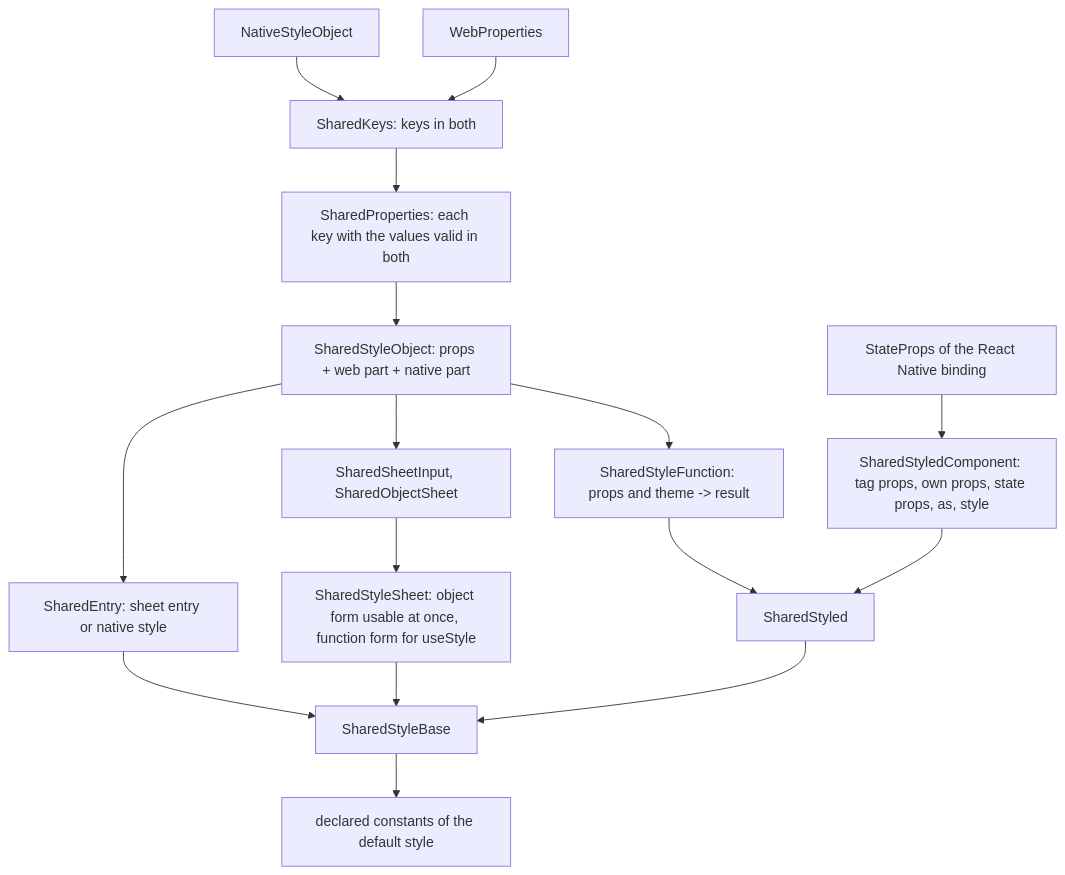
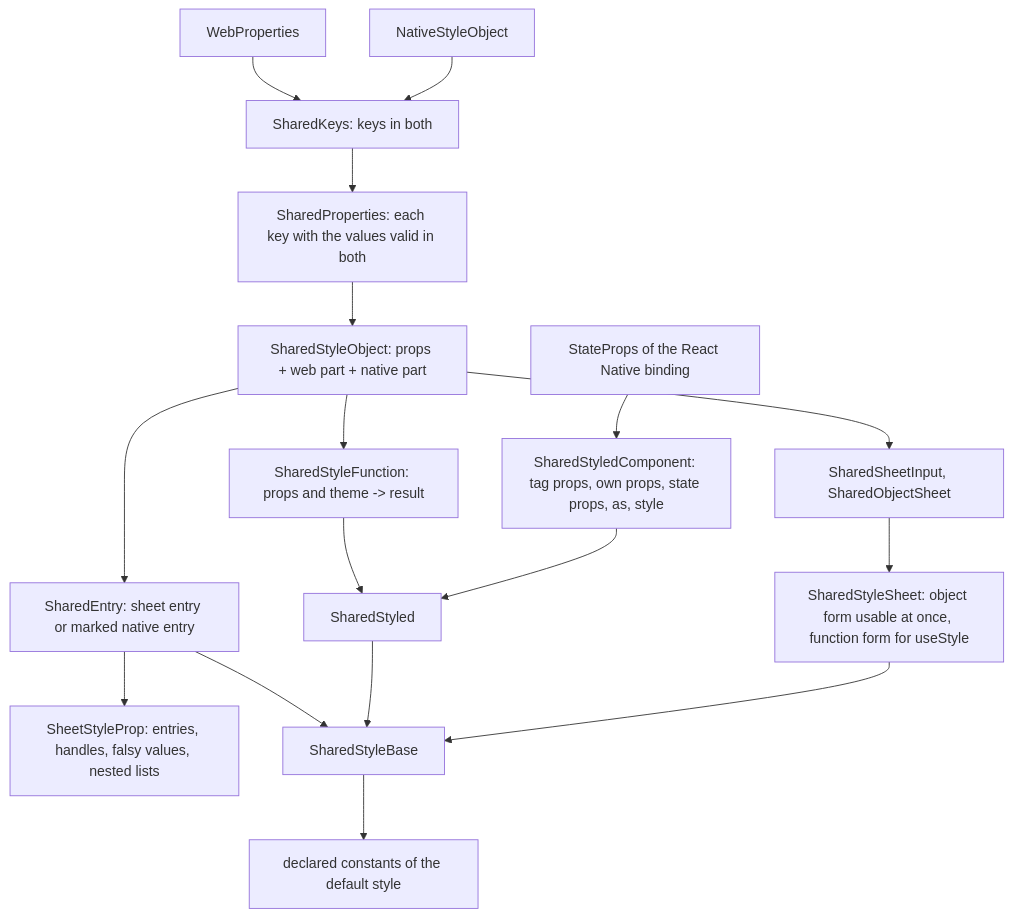
Before and after one commit to soroush-tech/umber-style: the diagram in packages/umber-style/src/sharedCommon.md, drawn with Mermaid. The commit also changed other lines of this file and 80 other files, not shown here.

Commit message:
feat: a styled component resolves an entry of a theme sheet given to its style prop with no useStyle, and SheetStyleProp types a style prop of sheet entries in every binding - close #88, close #89

````diff
--- a/packages/umber-style/src/sharedCommon.md
+++ b/packages/umber-style/src/sharedCommon.md
@@ -20,18 +20,19 @@
 ```mermaid
 flowchart TD
   web["WebProperties"] --> keys["SharedKeys: keys in both"]
   native["NativeStyleObject"] --> keys
   keys --> props["SharedProperties: each key with the values valid in both"]
   props --> obj["SharedStyleObject: props + web part + native part"]
   obj --> fn["SharedStyleFunction: props and theme -> result"]
   obj --> sheet["SharedSheetInput, SharedObjectSheet"]
-  obj --> entry["SharedEntry: sheet entry or native style"]
+  obj --> entry["SharedEntry: sheet entry or marked native entry"]
+  entry --> sheetProp["SheetStyleProp: entries, handles, falsy values, nested lists"]
   fn --> styled["SharedStyled"]
   sheet --> ss["SharedStyleSheet: object form usable at once, function form for useStyle"]
   entry --> base["SharedStyleBase<T>"]
   styled --> base
   ss --> base
   base --> decl["declared constants of the default style"]
   stateProps["StateProps of the React Native binding"] --> comp["SharedStyledComponent: tag props, own props, state props, as, style"]
   comp --> styled
 ```
````
